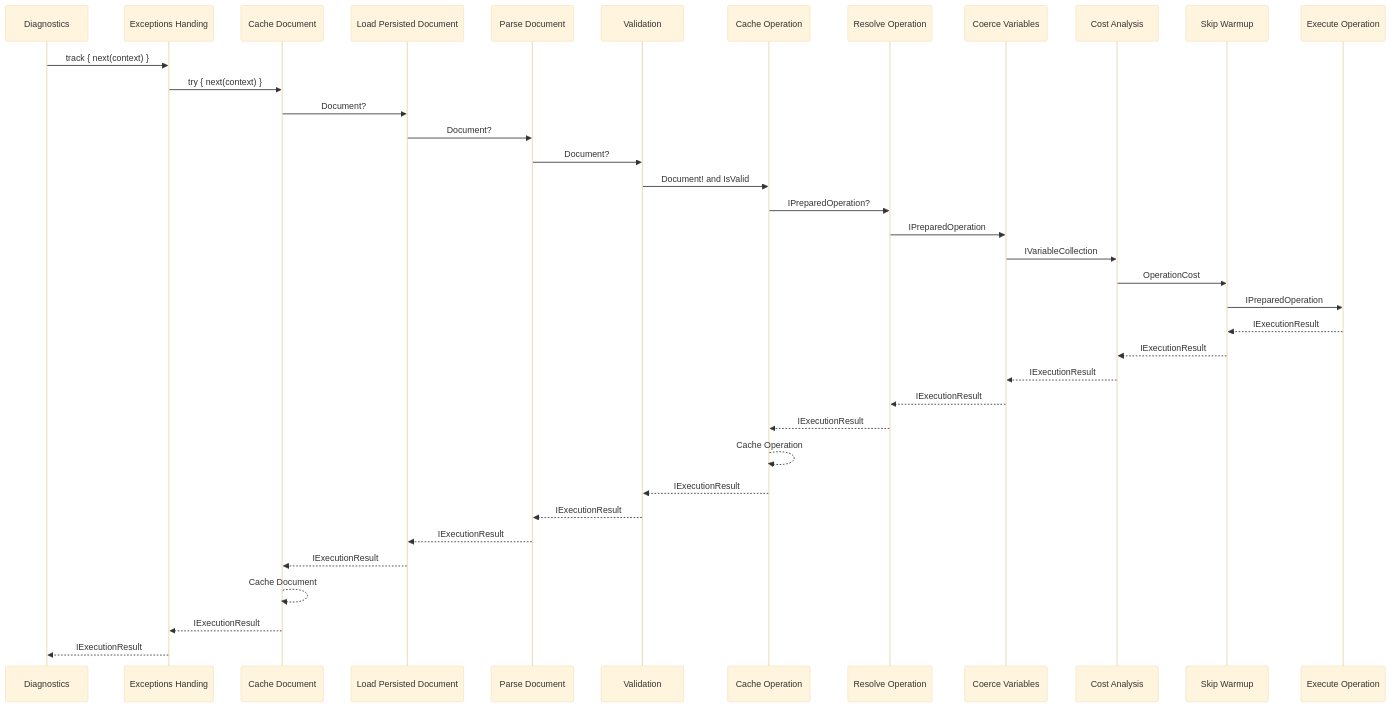
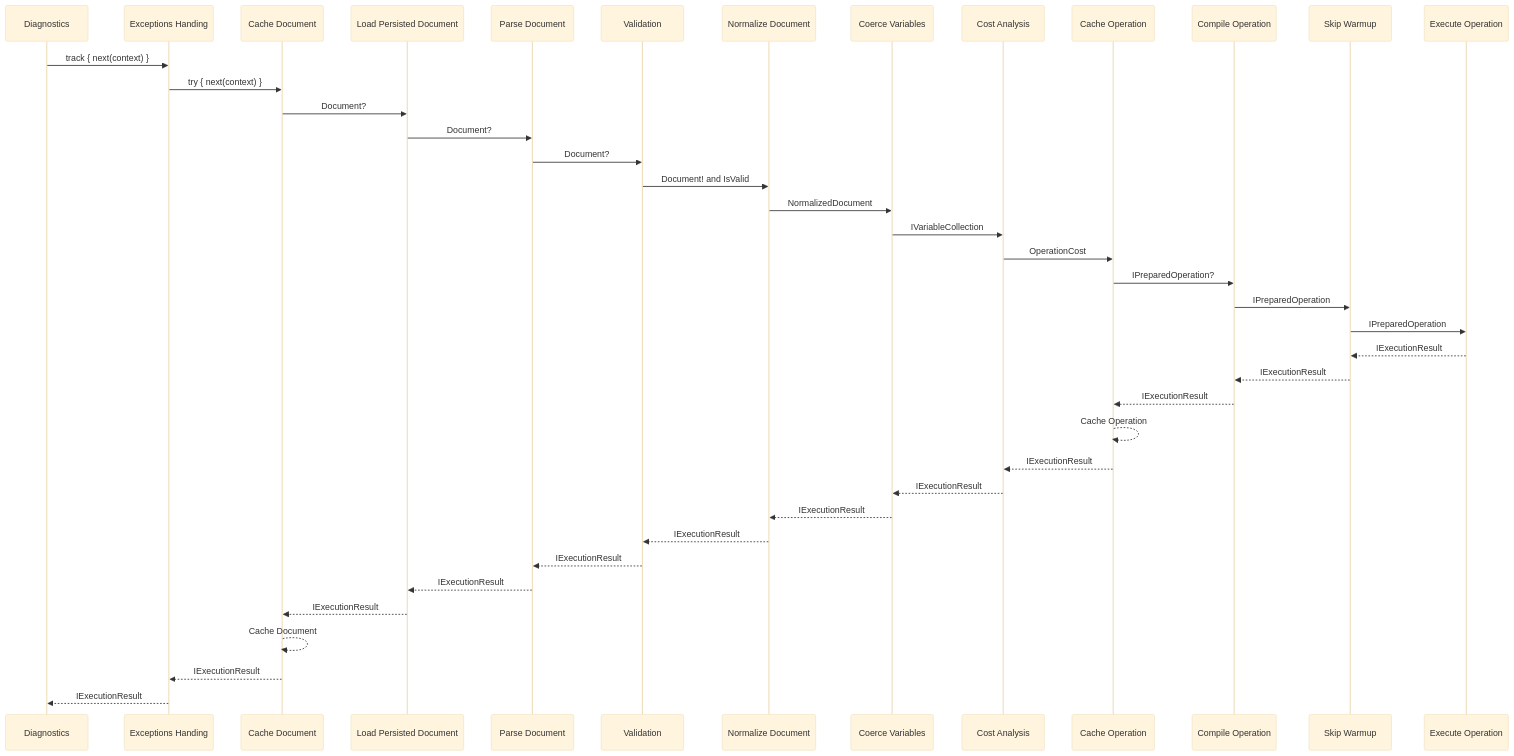
The second of 2 diagrams in src/HotChocolate/Core/src/Types/Execution/Pipeline/Pipelines.md (ChilliCream/graphql-platform), drawn with Mermaid (base theme) before and after one commit. The commit also changed other lines of this file and 1 other file, not shown here.

Commit message:
feat(cost-hc-pipeline): reorder the request pipeline around document normalization
The ruled order is DocumentValidation -> DocumentNormalization ->
OperationVariableCoercion -> CostAnalyzer -> OperationCache ->
OperationCompiler, applied to the default, persisted-operation, and
automatic-persisted-operation pipelines. Adds UseDocumentNormalization()
and UseOperationCompiler(), keeping UseOperationResolver() as an
[Obsolete] forwarder.

````diff
--- a/src/HotChocolate/Core/src/Types/Execution/Pipeline/Pipelines.md
+++ b/src/HotChocolate/Core/src/Types/Execution/Pipeline/Pipelines.md
@@ -36,28 +38,30 @@
 ```mermaid
 sequenceDiagram
     Diagnostics->>Exceptions Handing: track { next(context) }
     Exceptions Handing->>Cache Document: try { next(context) }
     Cache Document->>Load Persisted Document: Document?
     Load Persisted Document->>Parse Document: Document?
     Parse Document->>Validation: Document?
-    Validation->>Cache Operation: Document! and IsValid
-    Cache Operation->>Resolve Operation: IPreparedOperation?
-    Resolve Operation->>Coerce Variables: IPreparedOperation
+    Validation->>Normalize Document: Document! and IsValid
+    Normalize Document->>Coerce Variables: NormalizedDocument
     Coerce Variables->>Cost Analysis: IVariableCollection
-    Cost Analysis->>Skip Warmup: OperationCost
+    Cost Analysis->>Cache Operation: OperationCost
+    Cache Operation->>Compile Operation: IPreparedOperation?
+    Compile Operation->>Skip Warmup: IPreparedOperation
     Skip Warmup->>Execute Operation: IPreparedOperation
 
     Execute Operation-->>Skip Warmup: IExecutionResult
-    Skip Warmup-->>Cost Analysis: IExecutionResult
+    Skip Warmup-->>Compile Operation: IExecutionResult
+    Compile Operation-->>Cache Operation: IExecutionResult
+    Cache Operation-->>Cache Operation: Cache Operation
+    Cache Operation-->>Cost Analysis: IExecutionResult
     Cost Analysis-->>Coerce Variables: IExecutionResult
-    Coerce Variables-->>Resolve Operation: IExecutionResult
-    Resolve Operation-->>Cache Operation: IExecutionResult
-    Cache Operation-->>Cache Operation: Cache Operation
-    Cache Operation-->>Validation: IExecutionResult
+    Coerce Variables-->>Normalize Document: IExecutionResult
+    Normalize Document-->>Validation: IExecutionResult
     Validation-->>Parse Document: IExecutionResult
     Parse Document-->>Load Persisted Document: IExecutionResult
     Load Persisted Document-->>Cache Document: IExecutionResult
     Cache Document-->>Cache Document: Cache Document
     Cache Document-->>Exceptions Handing: IExecutionResult
     Exceptions Handing-->>Diagnostics: IExecutionResult
 ```
````
